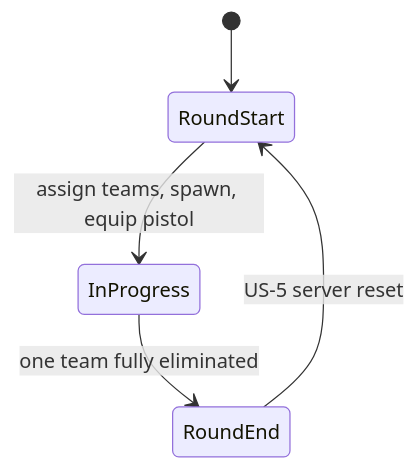
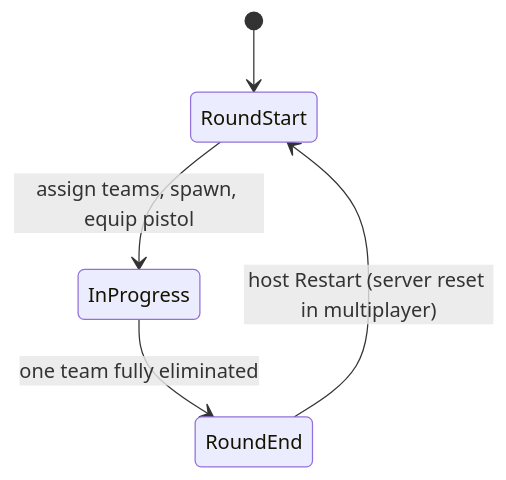
Before and after one commit to MaxiGarcia13/conter-strai: the first of 2 diagrams in specs/current/design.md, drawn with Mermaid. The commit also changed other lines of this file and 13 other files, not shown here.

````diff
--- a/specs/current/design.md
+++ b/specs/current/design.md
@@ -13,7 +13,7 @@
 ```mermaid
 stateDiagram-v2
   [*] --> RoundStart
   RoundStart --> InProgress: assign teams, spawn, equip pistol
   InProgress --> RoundEnd: one team fully eliminated
-  RoundEnd --> RoundStart: US-5 server reset
+  RoundEnd --> RoundStart: host Restart (server reset in multiplayer)
 ```
````
